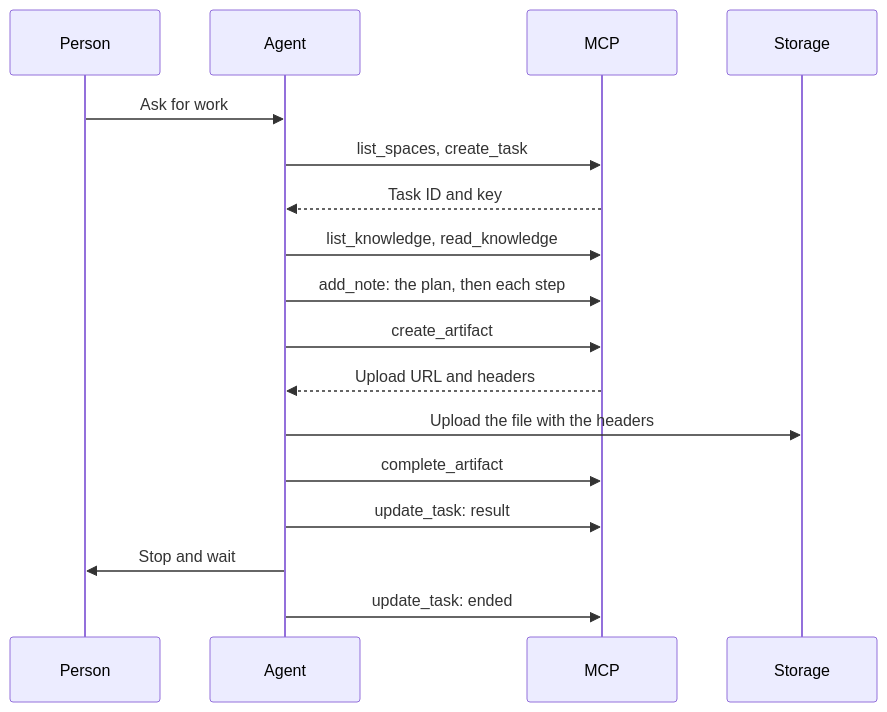
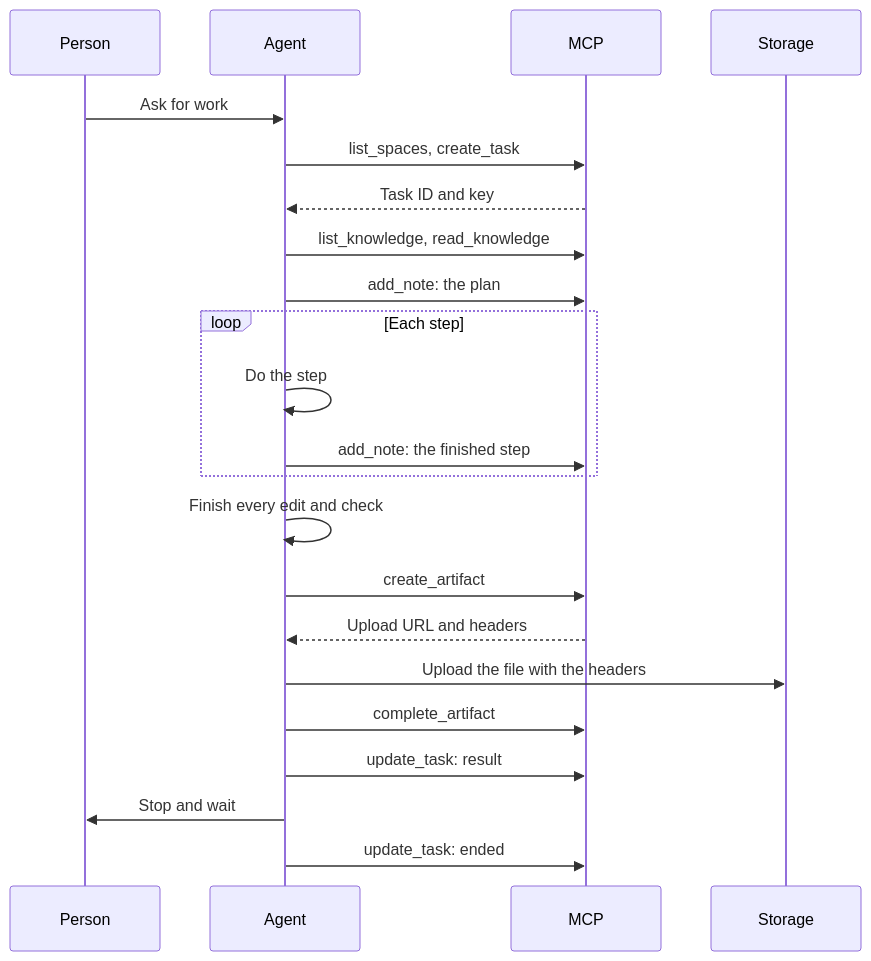
One commit to lorebayai/lorebay changed the diagram in lib/docs/contracts/agent-rules.md. Above: the diagram before and after it, drawn with Mermaid. The commit also changed other lines of this file and 2 other files, not shown here.

First paragraph of the commit message:
docs(skill): require final file uploads and ordered recording (#142)
Fixes #141

````diff
--- a/lib/docs/contracts/agent-rules.md
+++ b/lib/docs/contracts/agent-rules.md
@@ -70,15 +70,20 @@
 ```mermaid
 sequenceDiagram
     Person->>Agent: Ask for work
     Agent->>MCP: list_spaces, create_task
     MCP-->>Agent: Task ID and key
     Agent->>MCP: list_knowledge, read_knowledge
-    Agent->>MCP: add_note: the plan, then each step
+    Agent->>MCP: add_note: the plan
+    loop Each step
+        Agent->>Agent: Do the step
+        Agent->>MCP: add_note: the finished step
+    end
+    Agent->>Agent: Finish every edit and check
     Agent->>MCP: create_artifact
     MCP-->>Agent: Upload URL and headers
     Agent->>Storage: Upload the file with the headers
     Agent->>MCP: complete_artifact
     Agent->>MCP: update_task: result
     Agent->>Person: Stop and wait
     Agent->>MCP: update_task: ended
 ```
````
